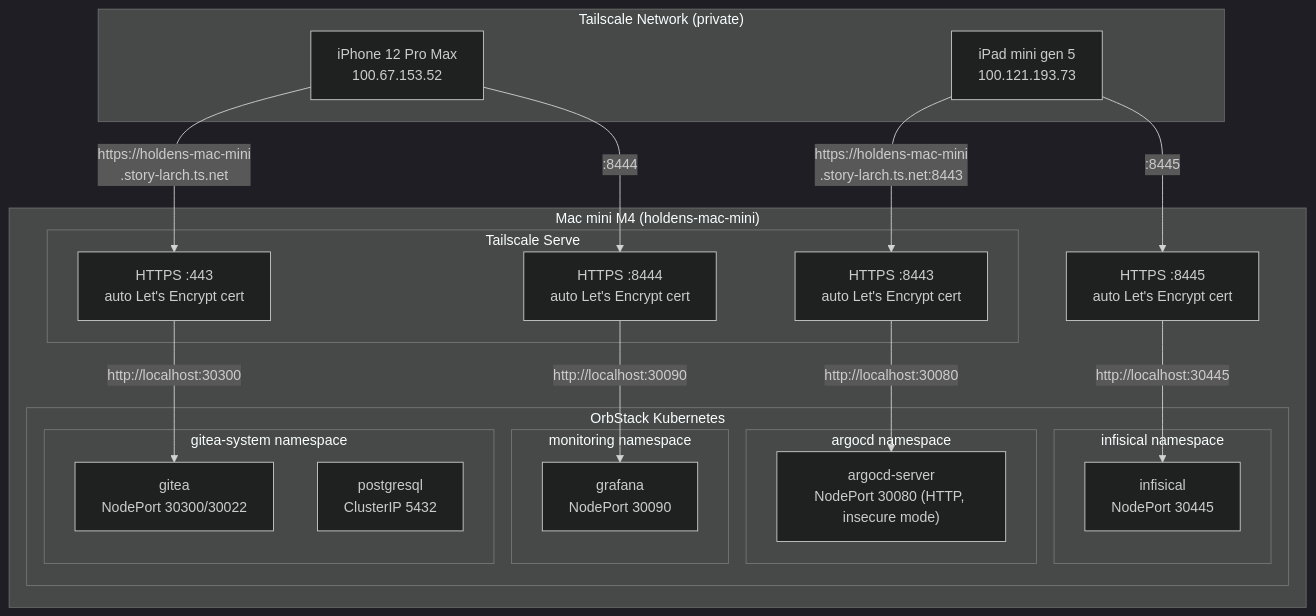
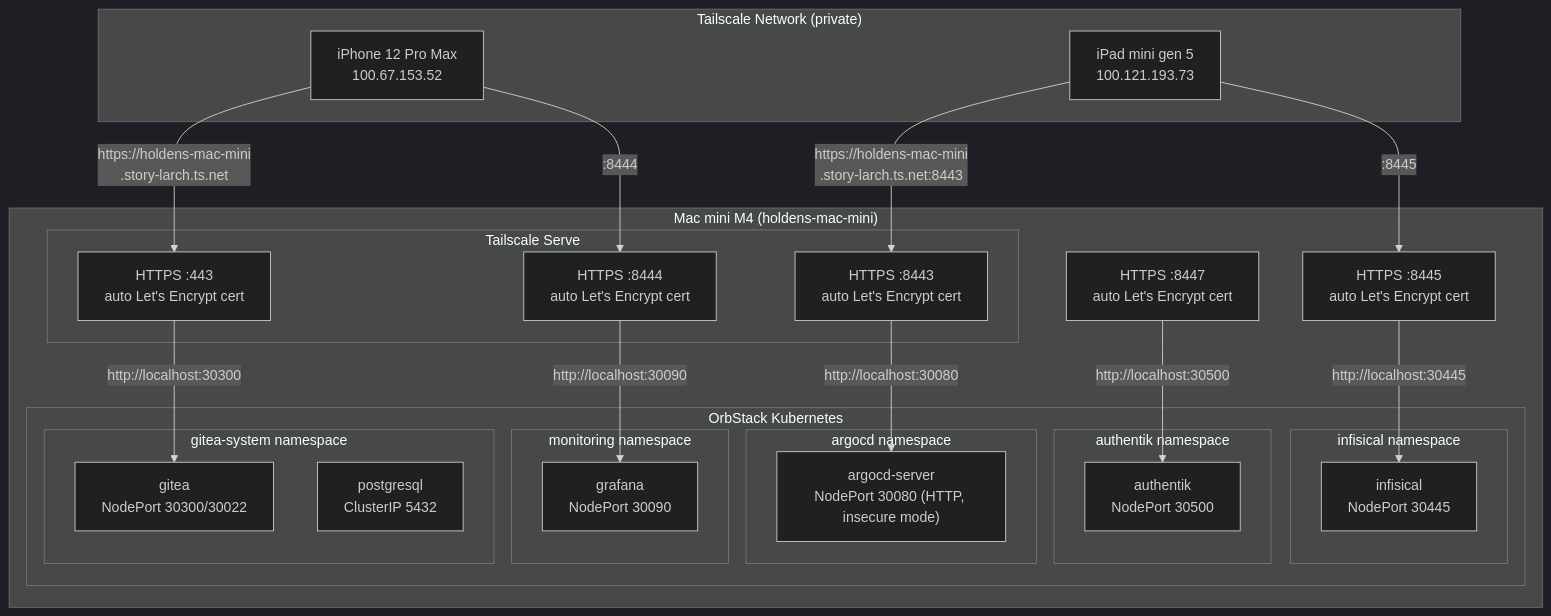
Before and after one commit to haingth77/homelab: the first of 4 diagrams in docs/networking.md, drawn with Mermaid (dark theme). The commit also changed other lines of this file and 3 other files, not shown here.

First line of the commit message:
docs: add Authentik SSO documentation and update architecture/networking

````diff
--- a/docs/networking.md
+++ b/docs/networking.md
@@ -20,41 +20,45 @@
 ```mermaid
 flowchart TD
     subgraph tailnet["Tailscale Network (private)"]
         iPhone["iPhone 12 Pro Max\n100.67.153.52"]
         iPad["iPad mini gen 5\n100.121.193.73"]
     end
 
     subgraph mac["Mac mini M4 (holdens-mac-mini)"]
         subgraph ts["Tailscale Serve"]
             TLS443["HTTPS :443\nauto Let's Encrypt cert"]
             TLS8443["HTTPS :8443\nauto Let's Encrypt cert"]
             TLS8444["HTTPS :8444\nauto Let's Encrypt cert"]
         end
 
         subgraph orbstack["OrbStack Kubernetes"]
             subgraph argocdNs["argocd namespace"]
                 ArgoCDSvc["argocd-server\nNodePort 30080 (HTTP, insecure mode)"]
             end
             subgraph giteaNs["gitea-system namespace"]
                 GiteaSvc["gitea\nNodePort 30300/30022"]
                 PgSvc["postgresql\nClusterIP 5432"]
             end
             subgraph monNs["monitoring namespace"]
                 GrafanaSvc["grafana\nNodePort 30090"]
             end
             subgraph infisicalNs["infisical namespace"]
                 InfisicalSvc["infisical\nNodePort 30445"]
             end
+            subgraph authentikNs["authentik namespace"]
+                AuthentikSvc["authentik\nNodePort 30500"]
+            end
         end
 
         TLS443 -- "http://localhost:30300" --> GiteaSvc
         TLS8443 -- "http://localhost:30080" --> ArgoCDSvc
         TLS8444 -- "http://localhost:30090" --> GrafanaSvc
         TLS8445["HTTPS :8445\nauto Let's Encrypt cert"] -- "http://localhost:30445" --> InfisicalSvc
+        TLS8447["HTTPS :8447\nauto Let's Encrypt cert"] -- "http://localhost:30500" --> AuthentikSvc
     end
 
     iPhone -- "https://holdens-mac-mini\n.story-larch.ts.net" --> TLS443
     iPad -- "https://holdens-mac-mini\n.story-larch.ts.net:8443" --> TLS8443
     iPhone -- ":8444" --> TLS8444
     iPad -- ":8445" --> TLS8445
 ```
````
